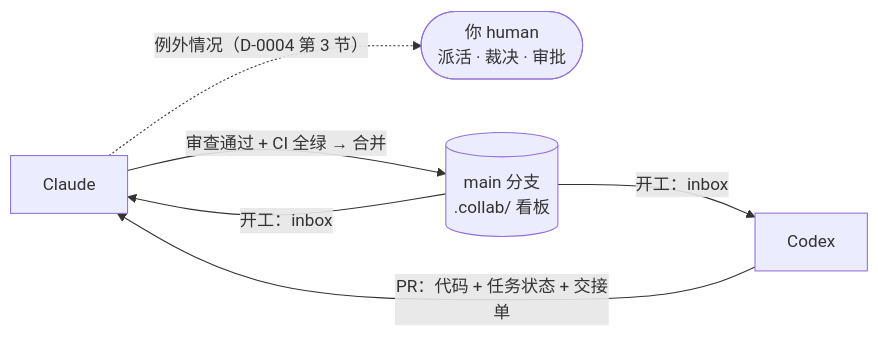
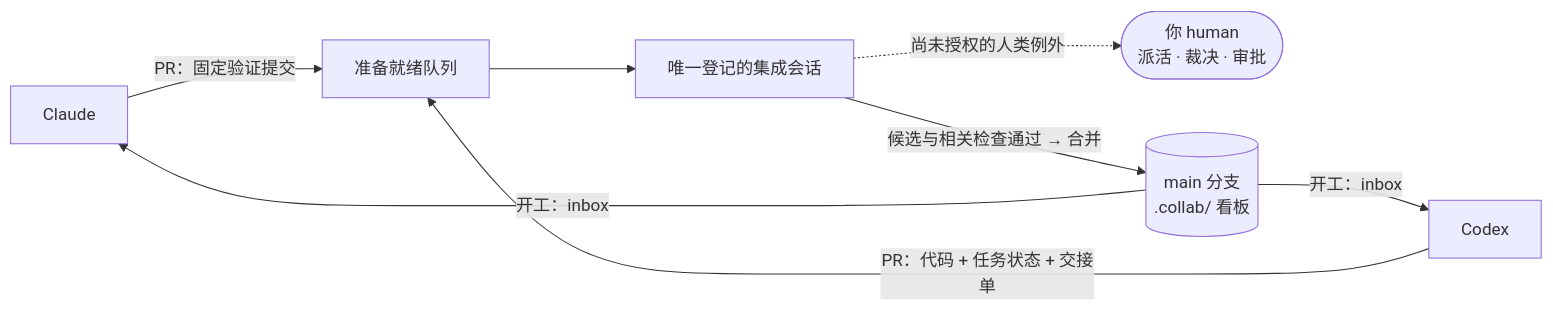
Before and after one commit to brianabc121/WorkspaceCore: the first of 2 diagrams in .collab/README.md, drawn with Mermaid. The commit also changed other lines of this file and 8 other files, not shown here.

````diff
--- a/.collab/README.md
+++ b/.collab/README.md
@@ -12,12 +14,14 @@
 ```mermaid
 flowchart LR
     H([你 human<br/>派活 · 裁决 · 审批])
     C[Claude]
     X[Codex]
     M[(main 分支<br/>.collab/ 看板)]
-    X -- "PR：代码 + 任务状态 + 交接单" --> C
-    C -- "审查通过 + CI 全绿 → 合并" --> M
-    C -. "例外情况（D-0004 第 3 节）" .-> H
+    X -- "PR：代码 + 任务状态 + 交接单" --> Q[准备就绪队列]
+    C -- "PR：固定验证提交" --> Q
+    Q --> I[唯一登记的集成会话]
+    I -- "候选与相关检查通过 → 合并" --> M
+    I -. "尚未授权的人类例外" .-> H
     M -- "开工：inbox" --> C
     M -- "开工：inbox" --> X
 ```
````
